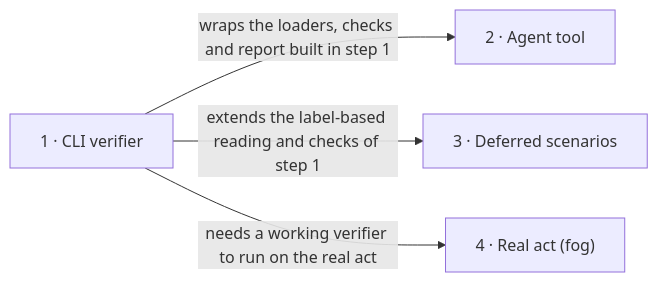
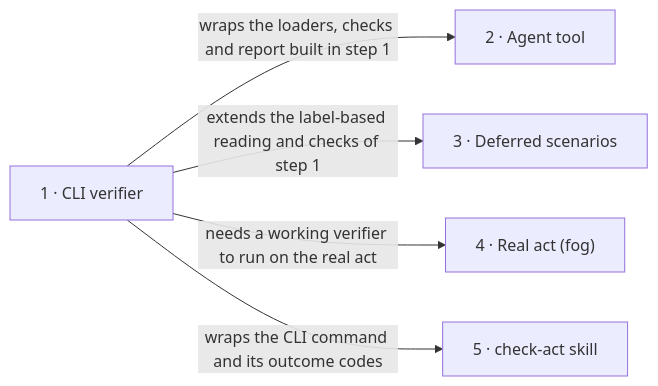
One commit to AlexanderSW/act-verifier changed the diagram in docs/roadmap.md. Above: the diagram before and after it, drawn with Mermaid. The commit also changed other lines of this file, not shown here.

Commit message:
specify: roadmap.md

````diff
--- a/docs/roadmap.md
+++ b/docs/roadmap.md
@@ -53,6 +54,7 @@
 ```mermaid
 flowchart LR
   s1["1 · CLI verifier"] -->|wraps the loaders, checks and report built in step 1| s2["2 · Agent tool"]
   s1 -->|extends the label-based reading and checks of step 1| s3["3 · Deferred scenarios"]
   s1 -->|needs a working verifier to run on the real act| s4["4 · Real act (fog)"]
+  s1 -->|wraps the CLI command and its outcome codes| s5["5 · check-act skill"]
 ```
````
